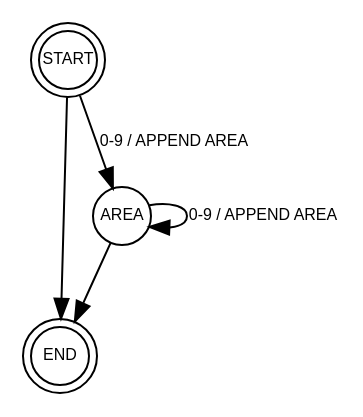
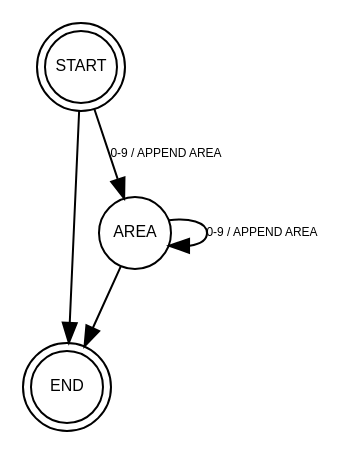
One commit to iskra-delta/mavrica changed the diagram in docs/gv/parse-path-area.dot. Above: the diagram before and after it, drawn with Graphviz. The commit also changed 10 other files, not shown here.

```diff
--- a/docs/gv/parse-path-area.dot
+++ b/docs/gv/parse-path-area.dot
@@ -1,21 +1,21 @@
 digraph instruction_size {
 	
     fontname="Helvetica,Arial,sans-serif"
 	
-    node [fontname="Helvetica,Arial,sans-serif", fontsize=8, width=0.4, fixedsize=true]
-	edge [fontname="Helvetica,Arial,sans-serif", fontsize=8, len=2.2]
+    node [fontname="Helvetica,Arial,sans-serif", fontsize=8, width=0.5, fixedsize=true]
+	edge [fontname="Helvetica,Arial,sans-serif", fontsize=6, len=1.5]
 	
     rankdir=TB
 
 	node [shape = doublecircle]
     
     START, END
 	
     node [shape = circle]
     
     START -> AREA [label="0-9 / APPEND AREA"]
     START -> END
 
     AREA -> AREA [label="0-9 / APPEND AREA"]
     AREA -> END 
 }
```
